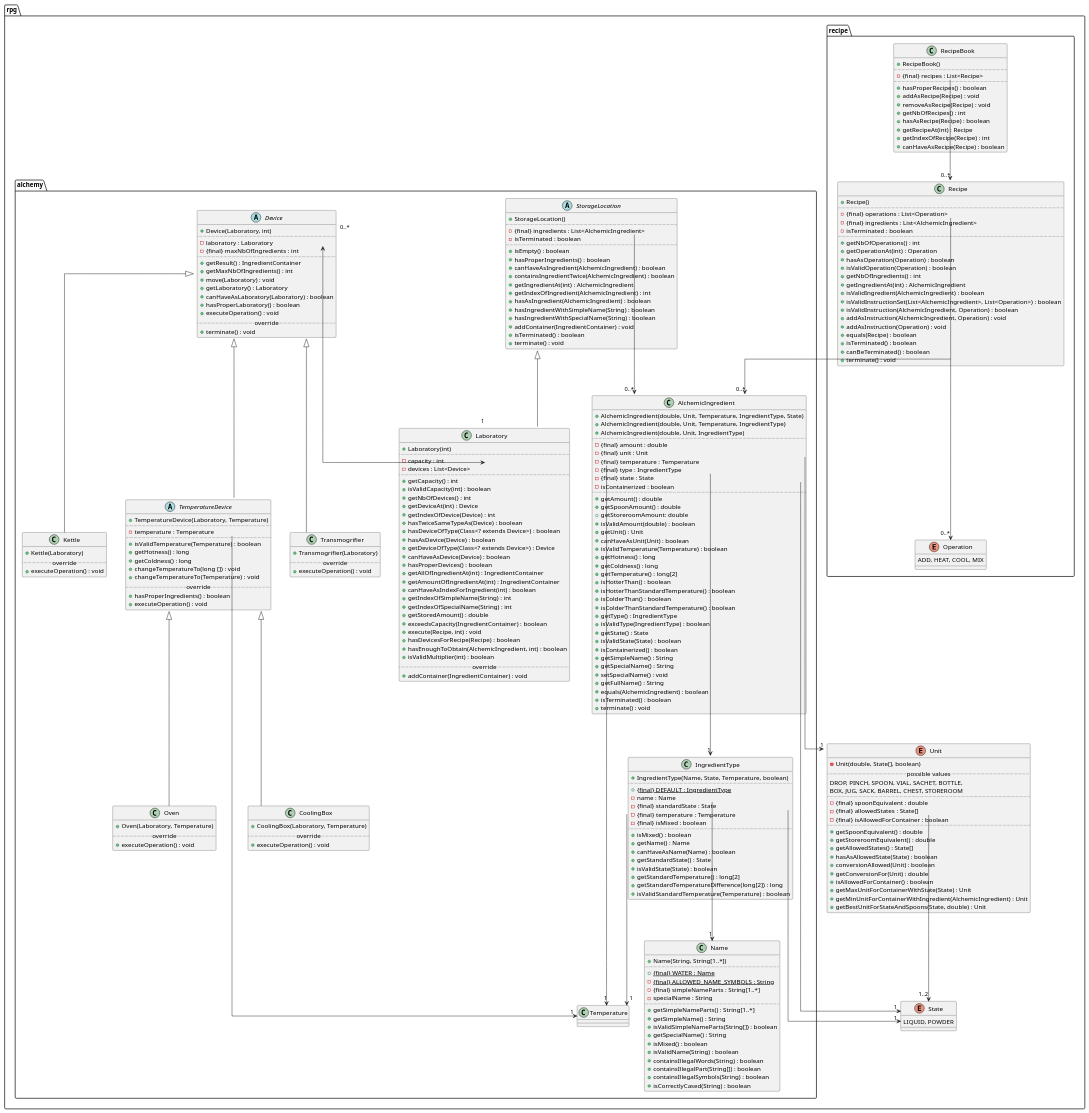
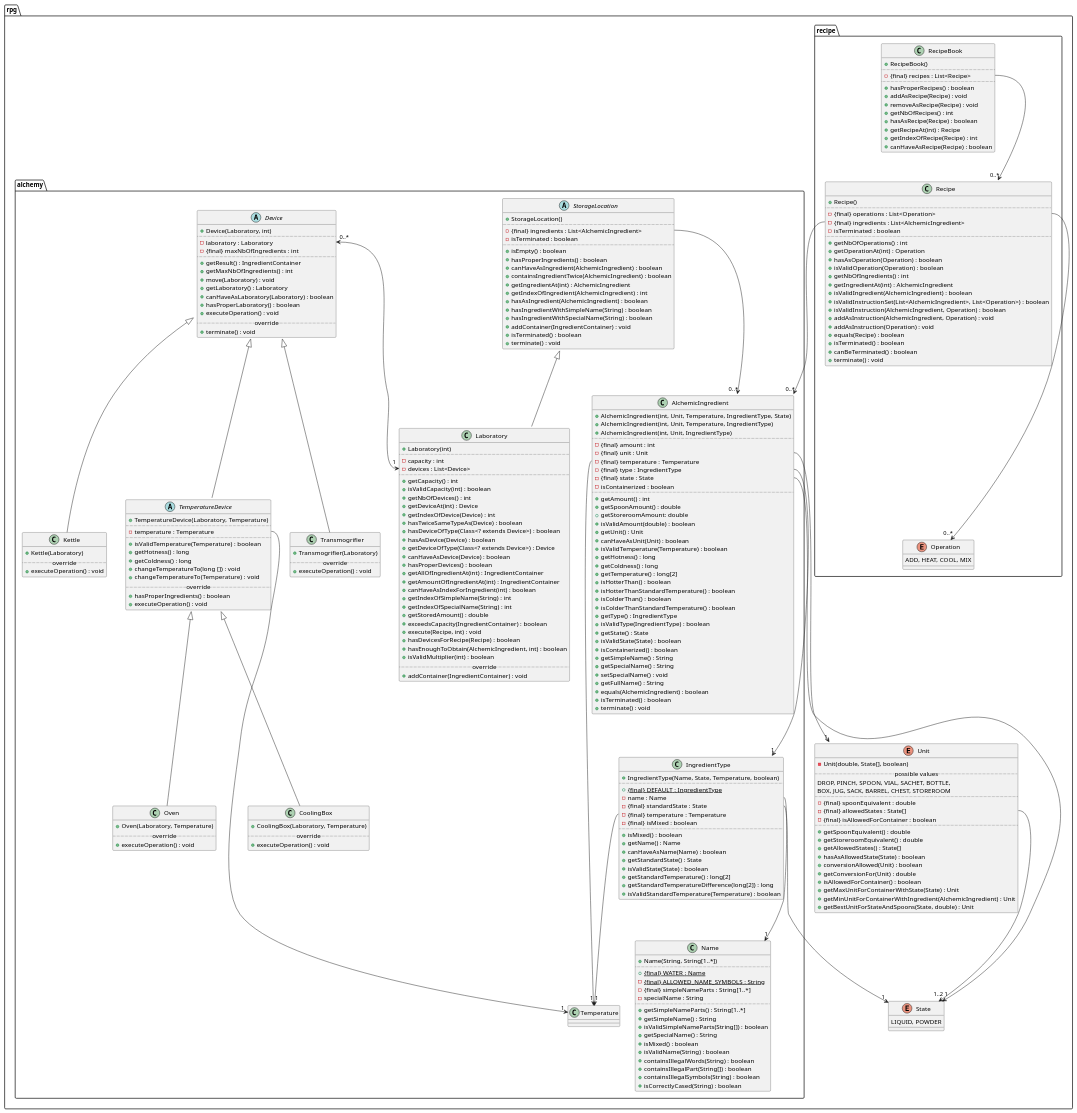
One commit to vanschependom/KULAK_ogp-examenproject changed the diagram in class-diagram/only-public-methods.puml. Above: the diagram before and after it, drawn with PlantUML.

Commit message:
Finalized class diagram

```diff
--- a/class-diagram/only-public-methods.puml
+++ b/class-diagram/only-public-methods.puml
@@ -1,6 +1,4 @@
 @startuml
-
-skinparam linetype ortho
 
 package rpg {
 
@@ -198,18 +196,18 @@
 IngredientType::temperature -->"1" Temperature
 
 class AlchemicIngredient {
-+ AlchemicIngredient(double, Unit, Temperature, IngredientType, State)
-+ AlchemicIngredient(double, Unit, Temperature, IngredientType)
-+ AlchemicIngredient(double, Unit, IngredientType)
++ AlchemicIngredient(int, Unit, Temperature, IngredientType, State)
++ AlchemicIngredient(int, Unit, Temperature, IngredientType)
++ AlchemicIngredient(int, Unit, IngredientType)
 ..
-- {final} amount : double
+- {final} amount : int
 - {final} unit : Unit
 - {final} temperature : Temperature
 - {final} type : IngredientType
 - {final} state : State
 - isContainerized : boolean
 ..
-+ getAmount() : double
++ getAmount() : int
 + getSpoonAmount() : double
 + getStoreroomAmount: double
 + isValidAmount(double) : boolean
```
